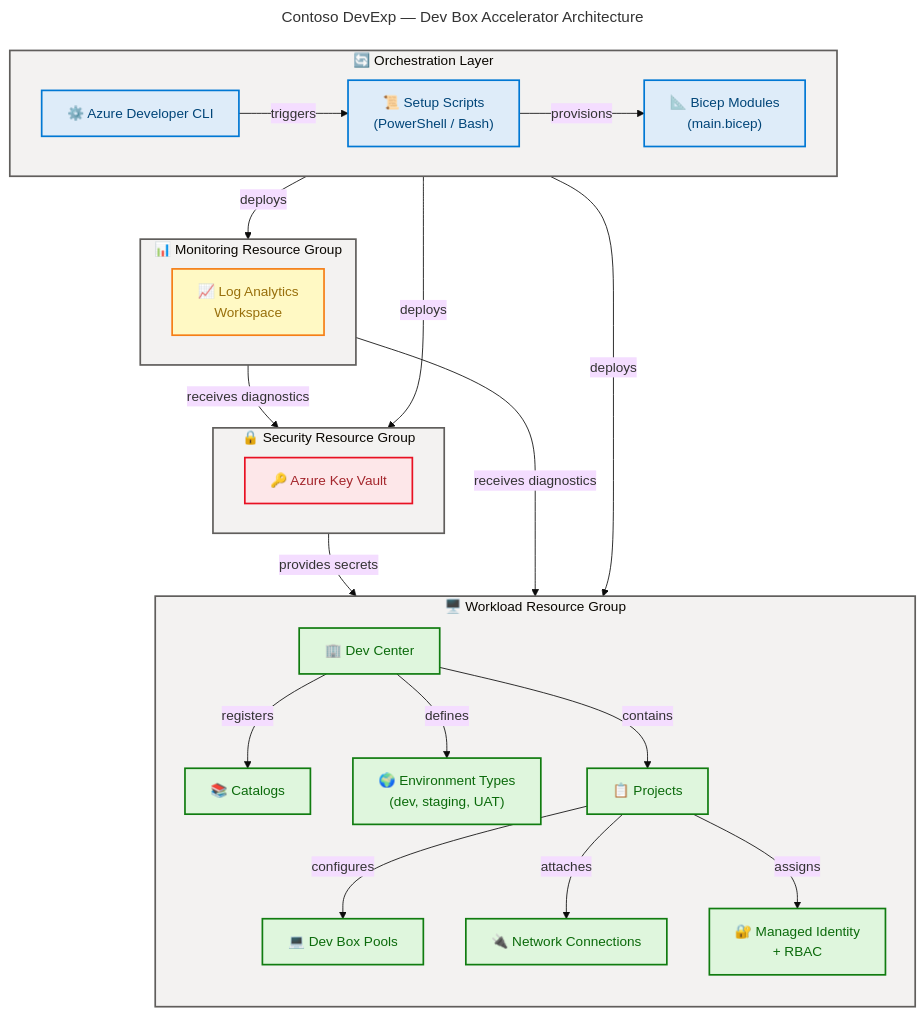
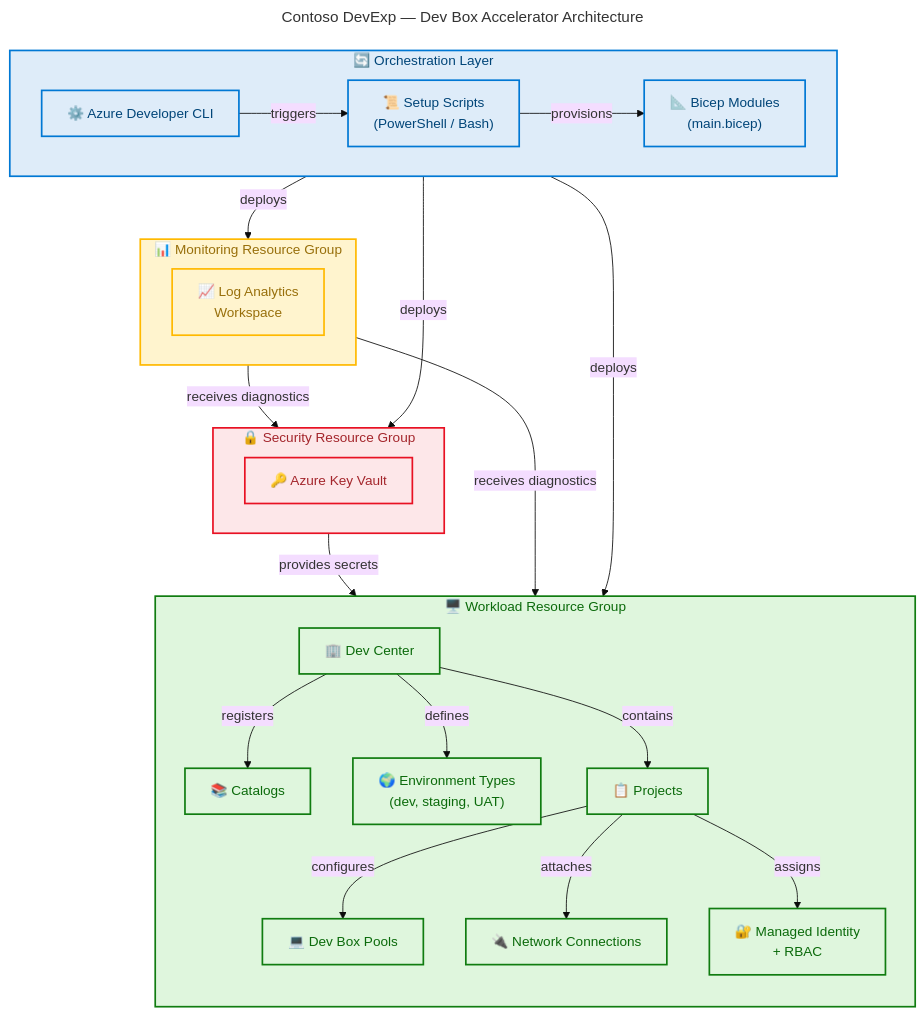
One commit to Evilazaro/DevExp-DevBox changed the diagram in README.md. Above: the diagram before and after it, drawn with Mermaid.

Commit message:
docs: update README.md with enhanced flowchart styling and theme variables for better clarity

````diff
--- a/README.md
+++ b/README.md
@@ -60,6 +60,8 @@
   theme: base
   look: classic
   layout: dagre
+  themeVariables:
+    fontSize: '16px'
   flowchart:
     htmlLabels: true
 ---
@@ -90,7 +92,7 @@
 
     subgraph monitoring["📊 Monitoring Resource Group"]
         direction LR
-        logAnalytics["📈 Log Analytics<br/>Workspace"]:::data
+        logAnalytics["📈 Log Analytics<br/>Workspace"]:::warning
     end
 
     subgraph security["🔒 Security Resource Group"]
@@ -123,14 +125,28 @@
     logAnalytics -->|"receives diagnostics"| keyVault
     keyVault -->|"provides secrets"| devCenter
 
-    style orchestration fill:#F3F2F1,stroke:#605E5C,stroke-width:2px
-    style monitoring fill:#F3F2F1,stroke:#605E5C,stroke-width:2px
-    style security fill:#F3F2F1,stroke:#605E5C,stroke-width:2px
-    style workload fill:#F3F2F1,stroke:#605E5C,stroke-width:2px
+    %% ============================================
+    %% SUBGRAPH STYLING (4 subgraphs = 4 style directives)
+    %% Functional siblings use distinct semantic colors (MRM-C001)
+    %% Subgraph fill matches content node color (MRM-C005)
+    %% ============================================
+    style orchestration fill:#DEECF9,stroke:#0078D4,stroke-width:2px,color:#004578
+    style monitoring fill:#FFF4CE,stroke:#FFB900,stroke-width:2px,color:#986F0B
+    style security fill:#FDE7E9,stroke:#E81123,stroke-width:2px,color:#A4262C
+    style workload fill:#DFF6DD,stroke:#107C10,stroke-width:2px,color:#0B6A0B
 
+    %% ============================================
+    %% COLOR DOCUMENTATION (MRM-D001)
+    %% Semantic classes: 4 (core, success, danger, warning) ≤ 5 (MRM-C006)
+    %% core    = Orchestration / process (blue #DEECF9)
+    %% success = Workload / compute (green #DFF6DD)
+    %% danger  = Security / secrets (red #FDE7E9)
+    %% warning = Monitoring / observability (yellow #FFF4CE)
+    %% neutral = Non-semantic default (gray #FAFAFA)
+    %% ============================================
     classDef core fill:#DEECF9,stroke:#0078D4,stroke-width:2px,color:#004578
     classDef success fill:#DFF6DD,stroke:#107C10,stroke-width:2px,color:#0B6A0B
     classDef danger fill:#FDE7E9,stroke:#E81123,stroke-width:2px,color:#A4262C
-    classDef data fill:#FFF9C4,stroke:#F57F17,stroke-width:2px,color:#986F0B
-    classDef neutral fill:#EDEBE9,stroke:#8A8886,stroke-width:2px,color:#323130
+    classDef warning fill:#FFF4CE,stroke:#FFB900,stroke-width:2px,color:#986F0B
+    classDef neutral fill:#FAFAFA,stroke:#8A8886,stroke-width:2px,color:#323130
 ```
````
